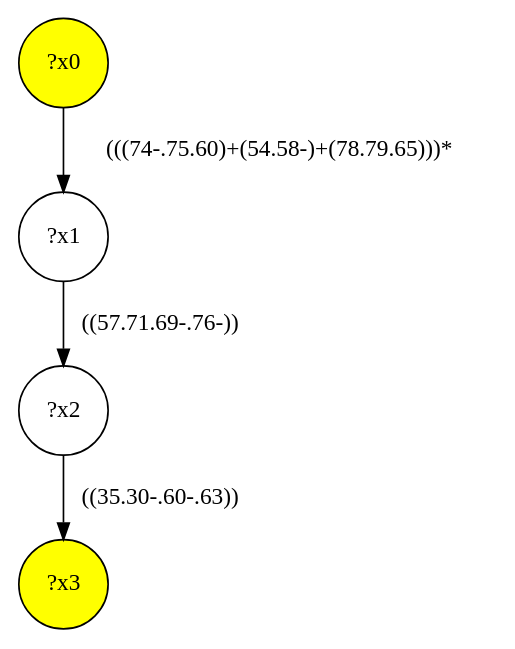
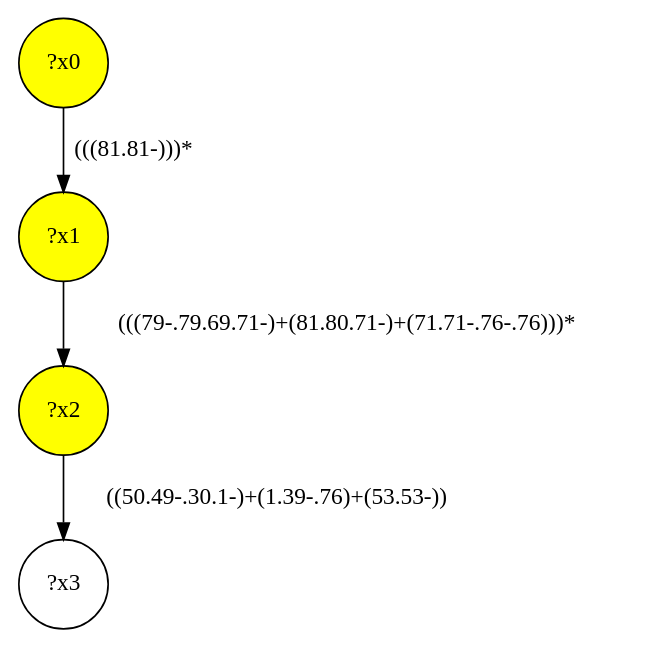
One commit to gbagan/gmark changed the diagram in demo/shop/shop-interface/query-26.dot. Above: the diagram before and after it, drawn with Graphviz. The commit also changed 1061 other files, not shown here.

```diff
--- a/demo/shop/shop-interface/query-26.dot
+++ b/demo/shop/shop-interface/query-26.dot
@@ -1,9 +1,9 @@
 digraph g {
+	x2 [fillcolor="yellow", style="filled," shape=circle, label="?x2"];
 	x0 [fillcolor="yellow", style="filled," shape=circle, label="?x0"];
-	x3 [fillcolor="yellow", style="filled," shape=circle, label="?x3"];
-	x1 [shape=circle, label="?x1"];
-	x0 -> x1 [label="(((74-.75.60)+(54.58-)+(78.79.65)))*"];
-	x2 [shape=circle, label="?x2"];
-	x1 -> x2 [label="((57.71.69-.76-))"];
-	x2 -> x3 [label="((35.30-.60-.63))"];
+	x1 [fillcolor="yellow", style="filled," shape=circle, label="?x1"];
+	x0 -> x1 [label="(((81.81-)))*"];
+	x1 -> x2 [label="(((79-.79.69.71-)+(81.80.71-)+(71.71-.76-.76)))*"];
+	x3 [shape=circle, label="?x3"];
+	x2 -> x3 [label="((50.49-.30.1-)+(1.39-.76)+(53.53-))"];
 }
```
